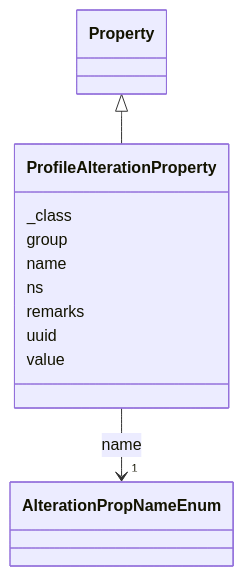
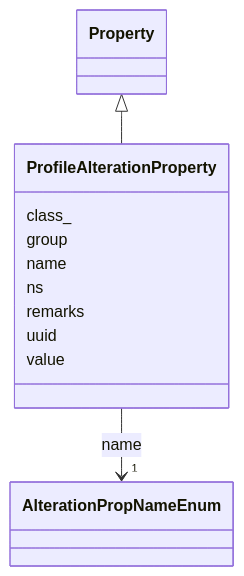
One commit to lmodel/oscal changed the diagram in project/mermaid/ProfileAlterationProperty.md. Above: the diagram before and after it, drawn with Mermaid. The commit also changed 434 other files, not shown here.

Commit message:
fix(schema): stamp the modules for 1.2.3 and regenerate extended outputs

````diff
--- a/project/mermaid/ProfileAlterationProperty.md
+++ b/project/mermaid/ProfileAlterationProperty.md
@@ -4,32 +4,32 @@
 ```mermaid
  classDiagram
     class ProfileAlterationProperty
     click ProfileAlterationProperty href "../ProfileAlterationProperty"
       Property <|-- ProfileAlterationProperty
         click Property href "../Property"
       
-      ProfileAlterationProperty : _class
+      ProfileAlterationProperty : class_
         
       ProfileAlterationProperty : group
         
       ProfileAlterationProperty : name
         
           
     
         
         
         ProfileAlterationProperty --> "1" AlterationPropNameEnum : name
         click AlterationPropNameEnum href "../AlterationPropNameEnum"
     
 
         
       ProfileAlterationProperty : ns
         
       ProfileAlterationProperty : remarks
         
       ProfileAlterationProperty : uuid
         
       ProfileAlterationProperty : value
         
       
 ```
````
